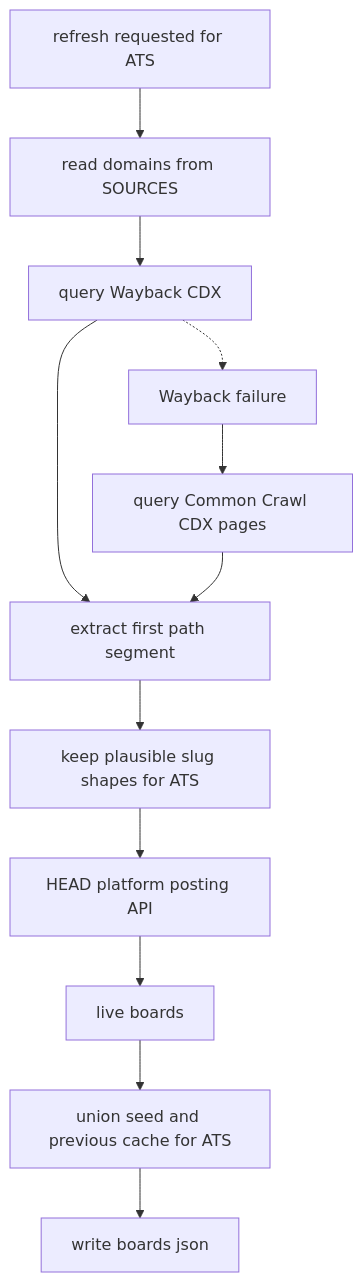
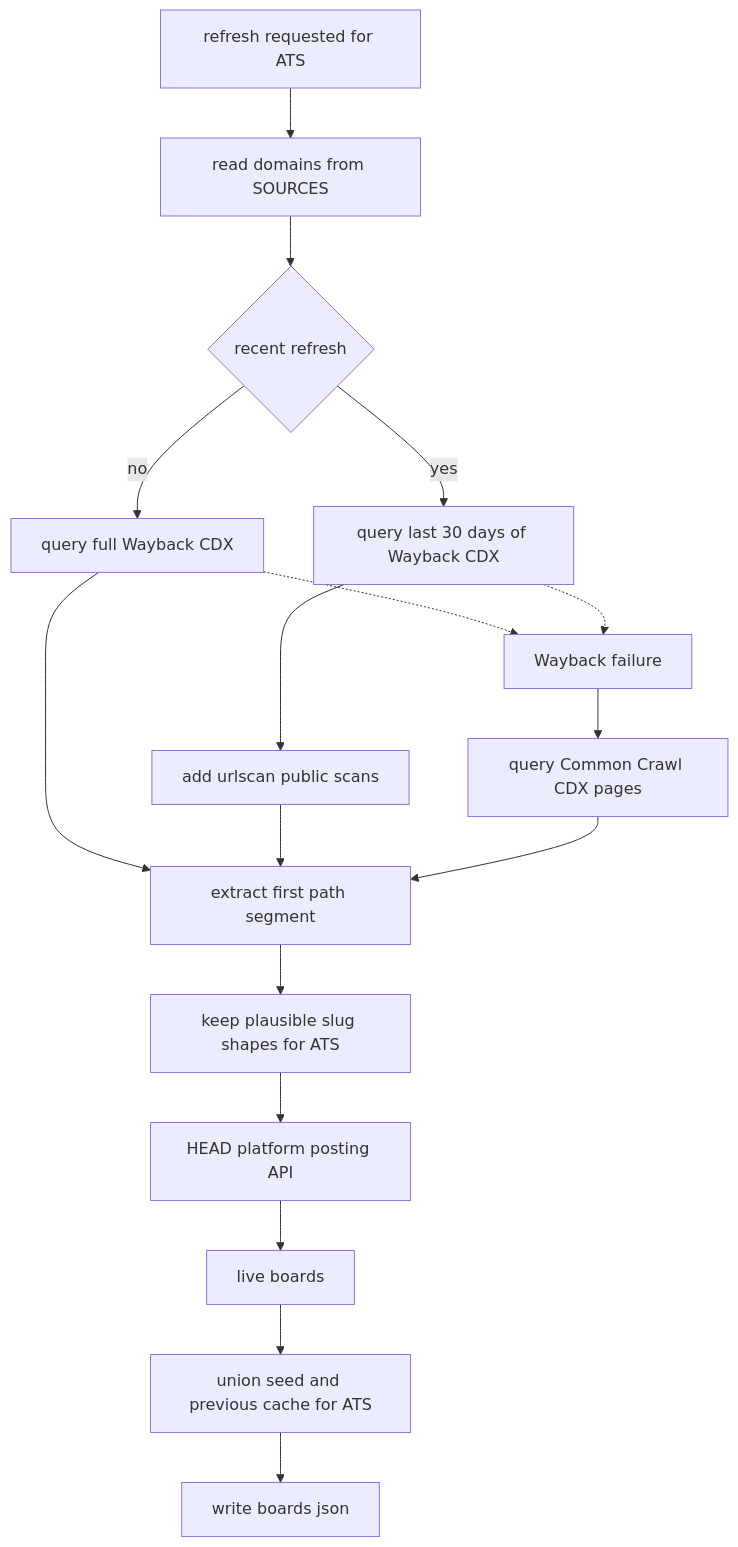
The diagram in openwiki/workflows/board-discovery.md (dlibis/job-boards), drawn with Mermaid before and after one commit. The commit also changed other lines of this file and 7 other files, not shown here.

````diff
--- a/openwiki/workflows/board-discovery.md
+++ b/openwiki/workflows/board-discovery.md
@@ -24,14 +24,19 @@
 ```mermaid
 flowchart TD
     Start["refresh requested for ATS"] --> Domains["read domains from SOURCES"]
-    Domains --> Wayback["query Wayback CDX"]
+    Domains --> Mode{"recent refresh"}
+    Mode -->|"no"| Wayback["query full Wayback CDX"]
+    Mode -->|"yes"| Recent["query last 30 days of Wayback CDX"]
+    Recent --> Urlscan["add urlscan public scans"]
     Wayback --> Candidates["extract first path segment"]
+    Urlscan --> Candidates
     WaybackError["Wayback failure"] --> CommonCrawl["query Common Crawl CDX pages"]
     Wayback -.-> WaybackError
+    Recent -.-> WaybackError
     CommonCrawl --> Candidates
     Candidates --> Shape["keep plausible slug shapes for ATS"]
     Shape --> Head["HEAD platform posting API"]
     Head --> Live["live boards"]
     Live --> Union["union seed and previous cache for ATS"]
     Union --> Cache["write boards json"]
 ```
````
